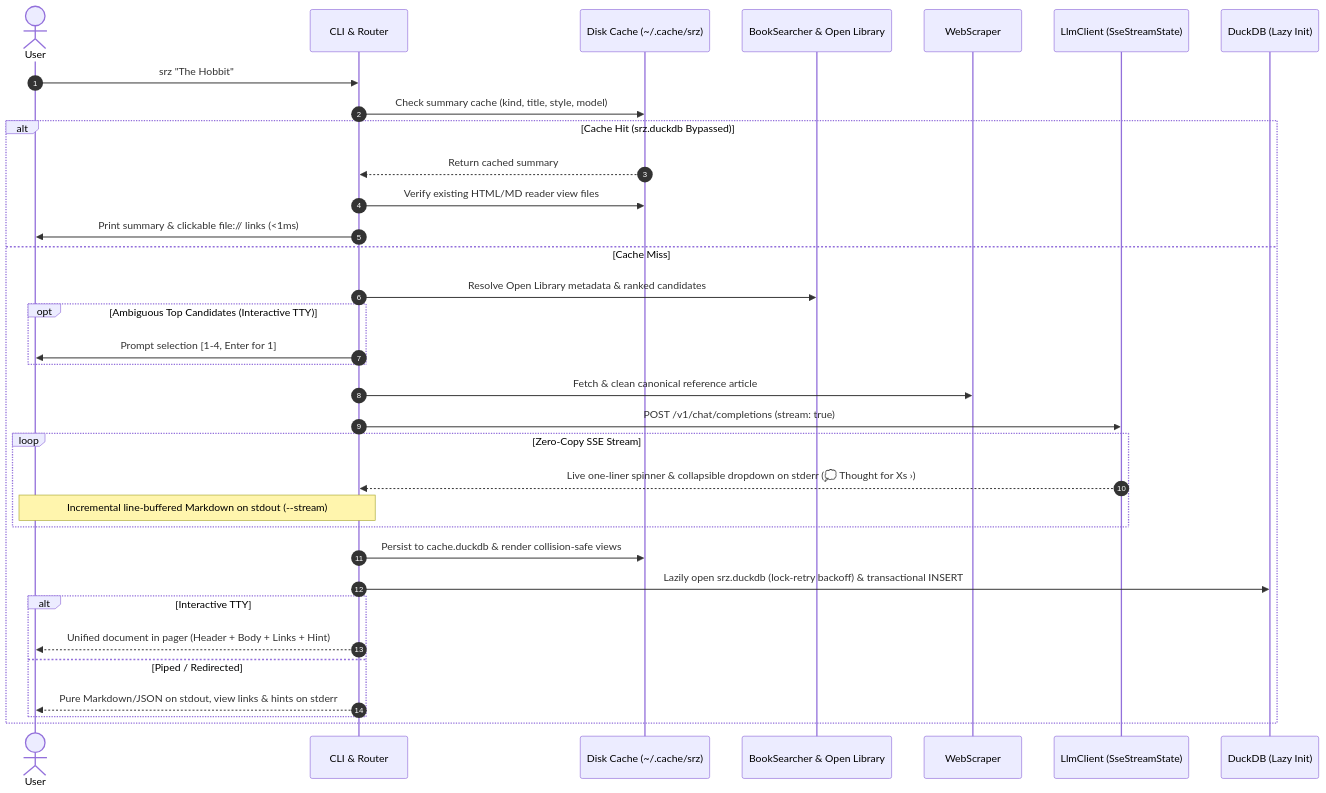
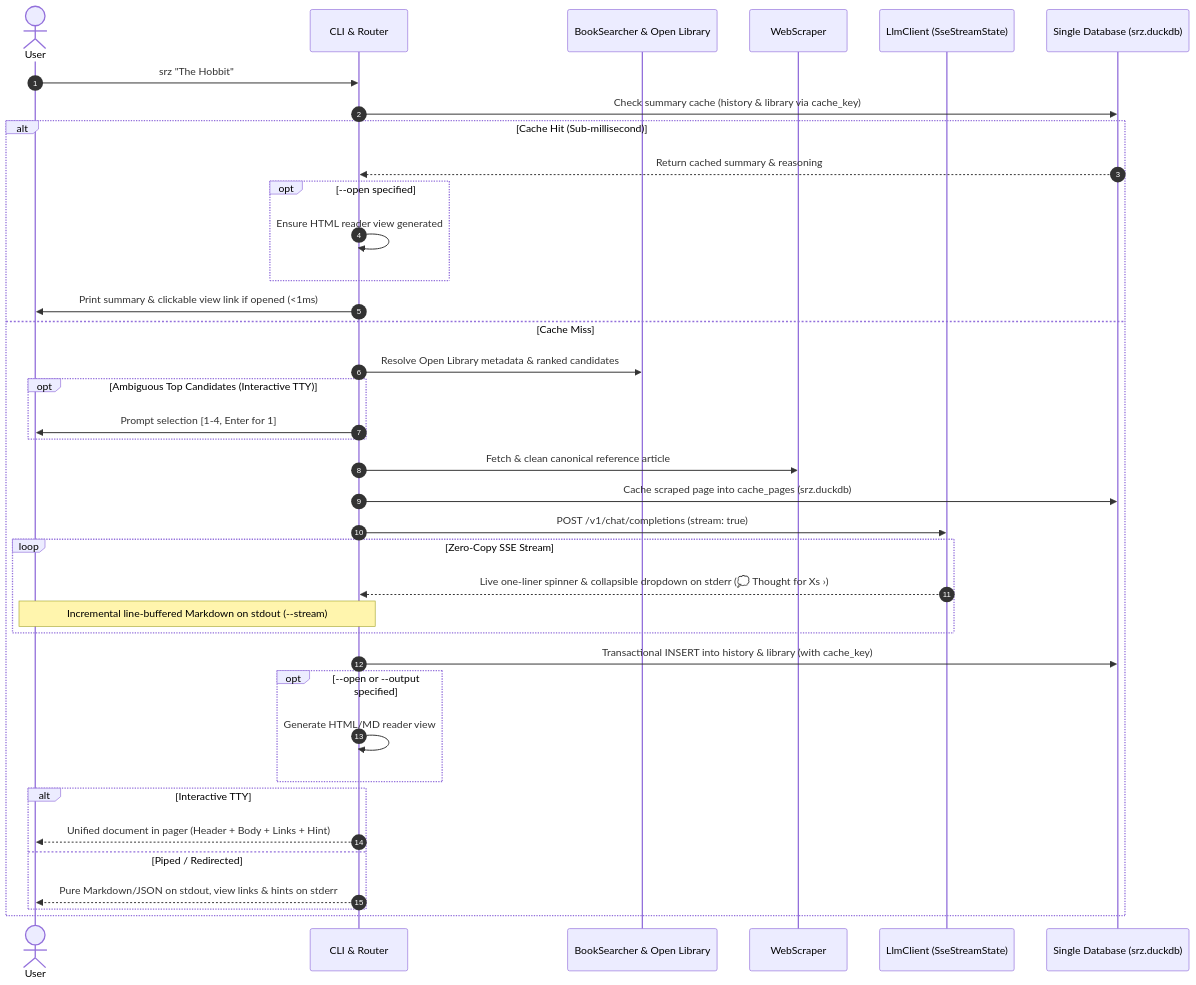
Before and after one commit to NewGuy012/srz: the second of 4 diagrams in docs/src/architecture.md, drawn with Mermaid. The commit also changed other lines of this file and 3 other files, not shown here.

Commit message:
docs: document unified srz.duckdb storage, opt-in view generation, 2h news TTL, and SQL window pruning

````diff
--- a/docs/src/architecture.md
+++ b/docs/src/architecture.md
@@ -133,37 +132,41 @@
 ```mermaid
 sequenceDiagram
     autonumber
     actor User
     participant CLI as CLI & Router
-    participant Cache as Disk Cache (~/.cache/srz)
     participant Search as BookSearcher & Open Library
     participant Scraper as WebScraper
     participant LLM as LlmClient (SseStreamState)
-    participant DB as DuckDB (Lazy Init)
+    participant DB as Single Database (srz.duckdb)
 
     User->>CLI: srz "The Hobbit"
-    CLI->>Cache: Check summary cache (kind, title, style, model)
-    alt Cache Hit (srz.duckdb Bypassed)
-        Cache-->>CLI: Return cached summary
-        CLI->>Cache: Verify existing HTML/MD reader view files
-        CLI->>User: Print summary & clickable file:// links (<1ms)
+    CLI->>DB: Check summary cache (history & library via cache_key)
+    alt Cache Hit (Sub-millisecond)
+        DB-->>CLI: Return cached summary & reasoning
+        opt --open specified
+            CLI->>CLI: Ensure HTML reader view generated
+        end
+        CLI->>User: Print summary & clickable view link if opened (<1ms)
     else Cache Miss
         CLI->>Search: Resolve Open Library metadata & ranked candidates
         opt Ambiguous Top Candidates (Interactive TTY)
             CLI->>User: Prompt selection [1-4, Enter for 1]
         end
         CLI->>Scraper: Fetch & clean canonical reference article
+        CLI->>DB: Cache scraped page into cache_pages (srz.duckdb)
         CLI->>LLM: POST /v1/chat/completions (stream: true)
         loop Zero-Copy SSE Stream
             LLM-->>CLI: Live one-liner spinner & collapsible dropdown on stderr (💭 Thought for Xs ›)
             Note over CLI,User: Incremental line-buffered Markdown on stdout (--stream)
         end
-        CLI->>Cache: Persist to cache.duckdb & render collision-safe views
-        CLI->>DB: Lazily open srz.duckdb (lock-retry backoff) & transactional INSERT
+        CLI->>DB: Transactional INSERT into history & library (with cache_key)
+        opt --open or --output specified
+            CLI->>CLI: Generate HTML/MD reader view
+        end
         alt Interactive TTY
             CLI-->>User: Unified document in pager (Header + Body + Links + Hint)
         else Piped / Redirected
             CLI-->>User: Pure Markdown/JSON on stdout, view links & hints on stderr
         end
     end
 ```
````
